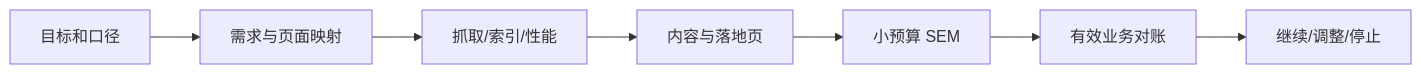
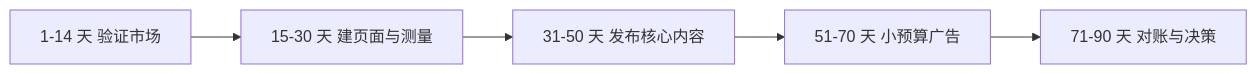
One commit to upJiang/jiang-blog-vitepress changed the diagram in docs/seo/seo-sem-90-day-runbook.md. Above: the diagram before and after it, drawn with Mermaid. The commit also changed other lines of this file and 164 other files, not shown here.

````diff
--- a/docs/seo/seo-sem-90-day-runbook.md
+++ b/docs/seo/seo-sem-90-day-runbook.md
@@ -21,9 +30,7 @@
 ```mermaid
 flowchart LR
-  A[目标和口径] --> B[需求与页面映射]
-  B --> C[抓取/索引/性能]
-  C --> D[内容与落地页]
-  D --> E[小预算 SEM]
-  E --> F[有效业务对账]
-  F --> G[继续/调整/停止]
+  A[1-14 天 验证市场] --> B[15-30 天 建页面与测量]
+  B --> C[31-50 天 发布核心内容]
+  C --> D[51-70 天 小预算广告]
+  D --> E[71-90 天 对账与决策]
 ```
````
